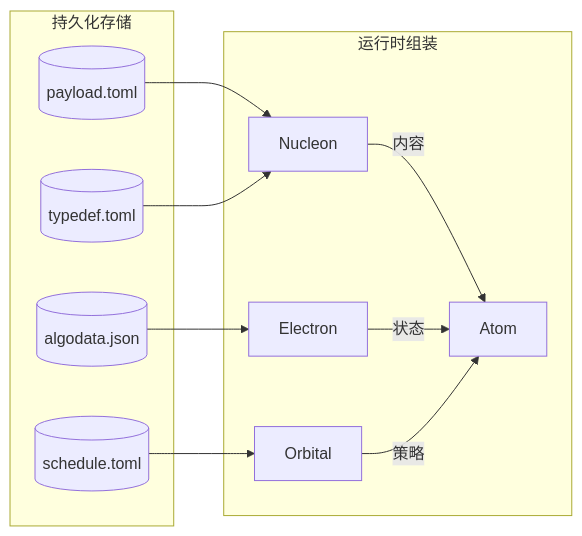
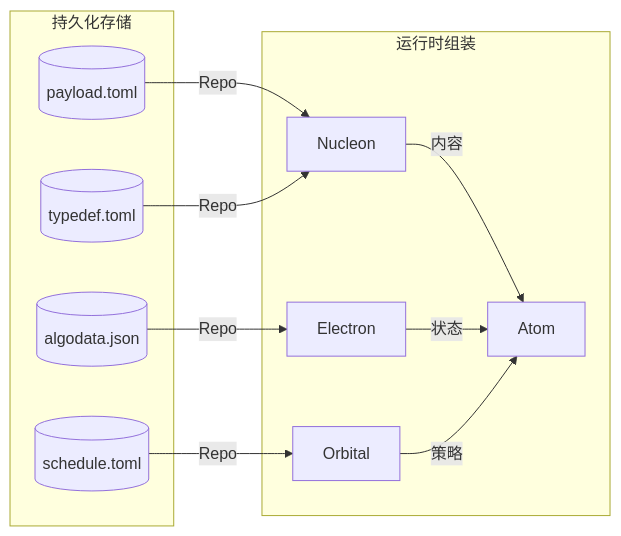
One commit to pluvium27/HeurAMS changed the second of 5 diagrams in ARCHITECTURE.md. Above: the diagram before and after it, drawn with Mermaid. The commit also changed other lines of this file and 10 other files, not shown here.

````diff
--- a/ARCHITECTURE.md
+++ b/ARCHITECTURE.md
@@ -119,20 +119,19 @@
 ```mermaid
 graph LR
     subgraph "持久化存储"
         Payload[(payload.toml)]
         Common[(typedef.toml)]
         Algodata[(algodata.json)]
         Schedule[(schedule.toml)]
     end
-
     subgraph "运行时组装"
         Nucleon -->|内容| Atom
         Electron -->|状态| Atom
         Orbital -->|策略| Atom
     end
 
-    Payload --> Nucleon
-    Common --> Nucleon
-    Algodata --> Electron
-    Schedule --> Orbital
+    Payload -->|Repo| Nucleon
+    Common -->|Repo| Nucleon
+    Algodata -->|Repo| Electron
+    Schedule -->|Repo| Orbital
 ```
````
